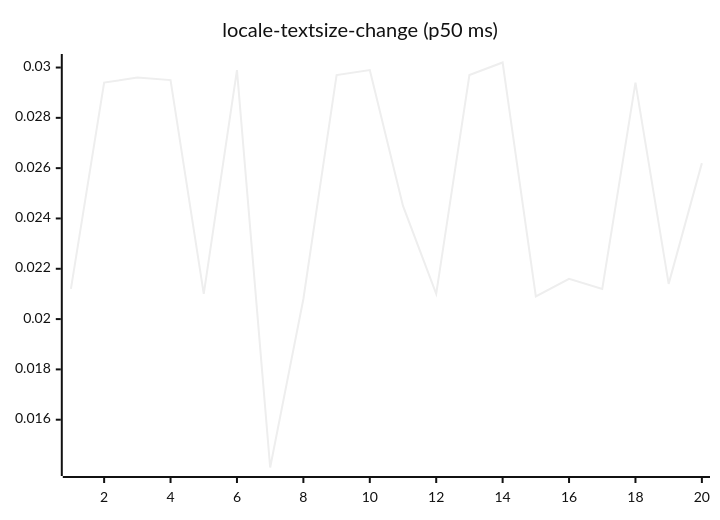
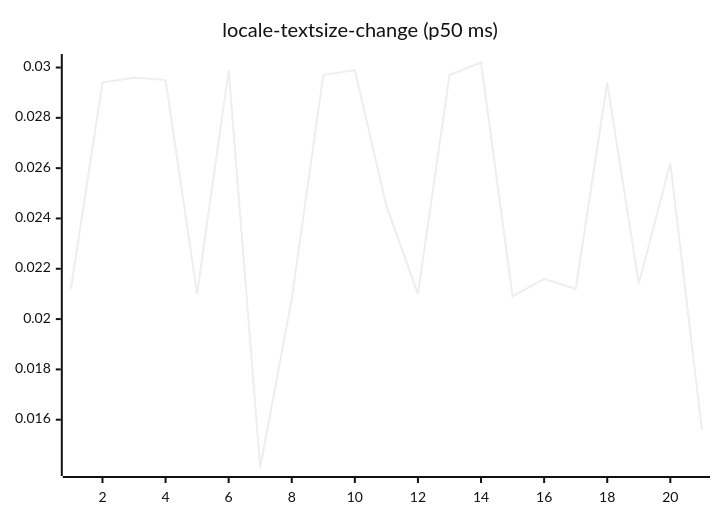
Diagram 13 of 27 in README.md (josha/Facet), drawn with Mermaid (neutral theme) before and after one commit. The commit also changed other lines of this file and 2 other files, not shown here.

````diff
--- a/README.md
+++ b/README.md
@@ -147,6 +147,6 @@
 ```mermaid
 xychart-beta
     title "locale-textsize-change (p50 ms)"
-    x-axis 1 --> 20
-    line [0.0212, 0.0294, 0.0296, 0.0295, 0.0210, 0.0299, 0.0141, 0.0208, 0.0297, 0.0299, 0.0245, 0.0210, 0.0297, 0.0302, 0.0209, 0.0216, 0.0212, 0.0294, 0.0214, 0.0262]
+    x-axis 1 --> 21
+    line [0.0212, 0.0294, 0.0296, 0.0295, 0.0210, 0.0299, 0.0141, 0.0208, 0.0297, 0.0299, 0.0245, 0.0210, 0.0297, 0.0302, 0.0209, 0.0216, 0.0212, 0.0294, 0.0214, 0.0262, 0.0156]
 ```
````
